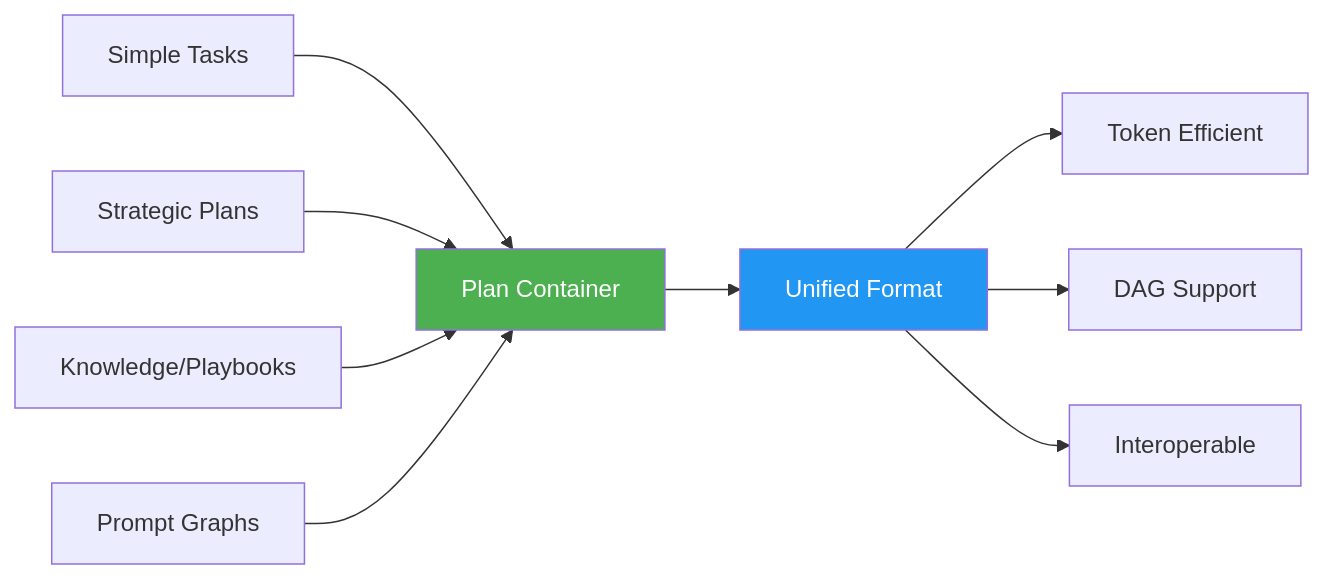
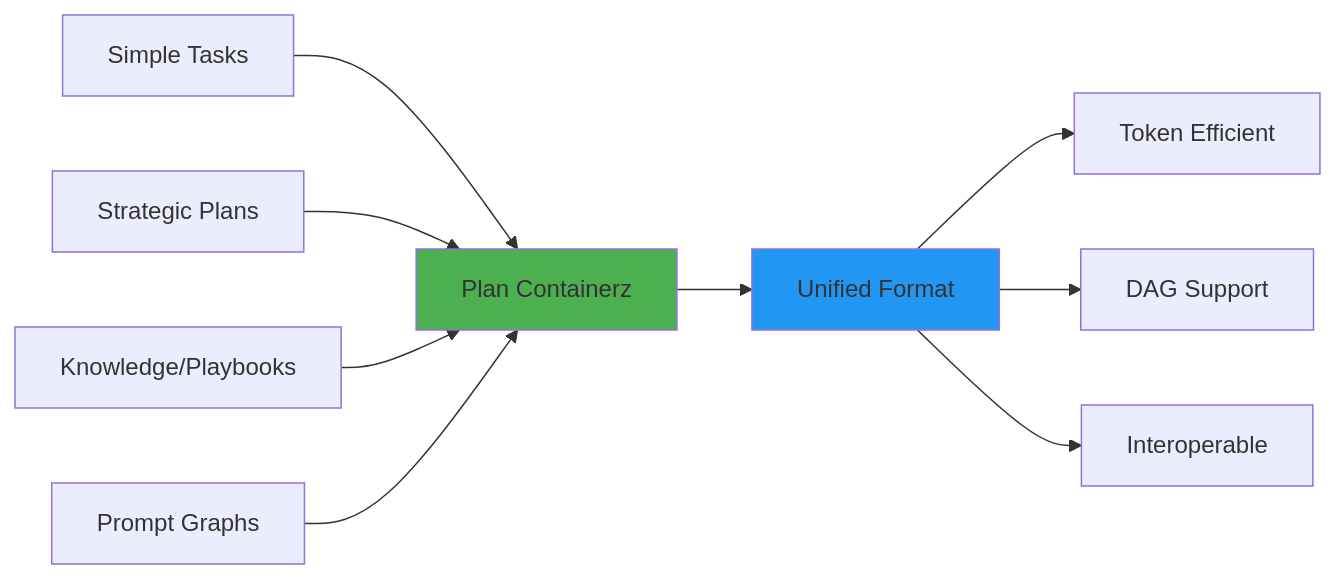
One commit to visionik/vBRIEF changed the first of 6 diagrams in README.md. Above: the diagram before and after it, drawn with Mermaid. The commit also changed other lines of this file and 3 other files, not shown here.

Commit message:
docs: update readme and add gantt examples

````diff
--- a/README.md
+++ b/README.md
@@ -7,14 +7,14 @@
 ```mermaid
 graph LR
-    A[Simple Tasks] --> B[Plan Container]
+    A[Simple Tasks] --> B[Plan Containerz]
     C[Strategic Plans] --> B
     D[Knowledge/Playbooks] --> B
     E[Prompt Graphs] --> B
     B --> F[Unified Format]
     F --> G[Token Efficient]
     F --> H[DAG Support]
     F --> I[Interoperable]
-    
-    style B fill:#4CAF50,color:#fff
-    style F fill:#2196F3,color:#fff
+
+    style B fill:#4CAF50
+    style F fill:#2196F3
 ```
````
